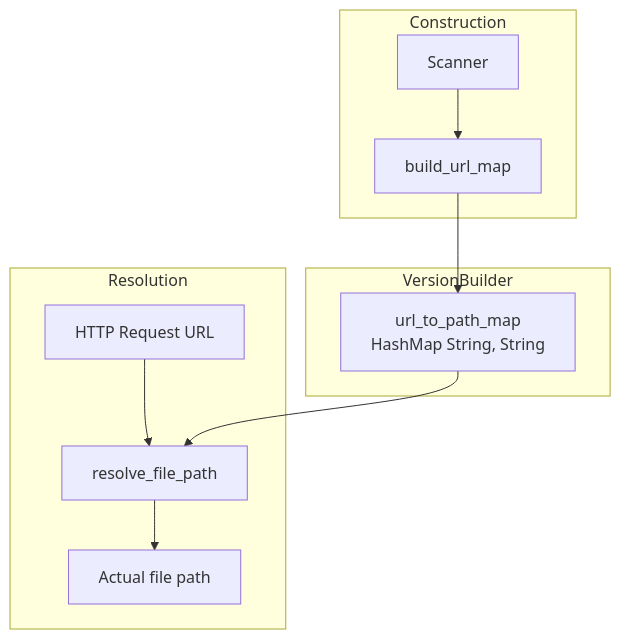
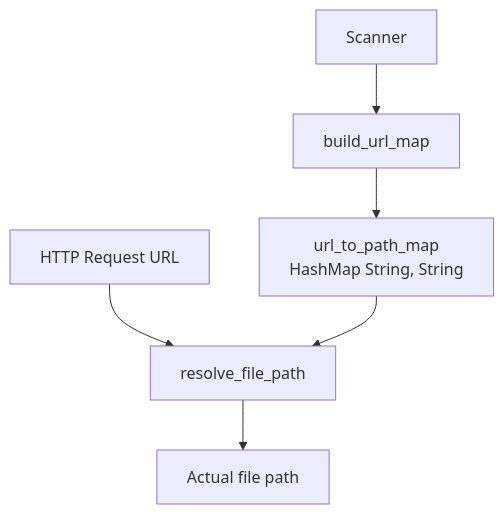
Before and after one commit to Lighty-Launcher/LightyUpdater: the first of 4 diagrams in crates/api/docs/resolution.md, drawn with Mermaid. The commit also changed other lines of this file and 33 other files, not shown here.

Commit message:
improve docs with mermaid implémentation for gitbook

````diff
--- a/crates/api/docs/resolution.md
+++ b/crates/api/docs/resolution.md
@@ -9,23 +9,8 @@
 ```mermaid
-graph TB
-    subgraph VersionBuilder
-        URLMap[url_to_path_map<br/>HashMap String, String]
-    end
-
-    subgraph Construction
-        Scanner[Scanner]
-        Builder[build_url_map]
-    end
-
-    subgraph Resolution
-        Request[HTTP Request URL]
-        Resolver[resolve_file_path]
-        Result[Actual file path]
-    end
-
-    Scanner --> Builder
-    Builder --> URLMap
-    Request --> Resolver
+flowchart TB
+    Scanner[Scanner] --> Builder[build_url_map]
+    Builder --> URLMap[url_to_path_map<br/>HashMap String, String]
+    Request[HTTP Request URL] --> Resolver[resolve_file_path]
     URLMap --> Resolver
-    Resolver --> Result
+    Resolver --> Result[Actual file path]
 ```
````
